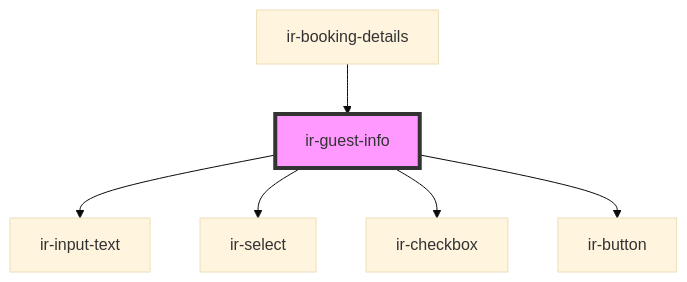
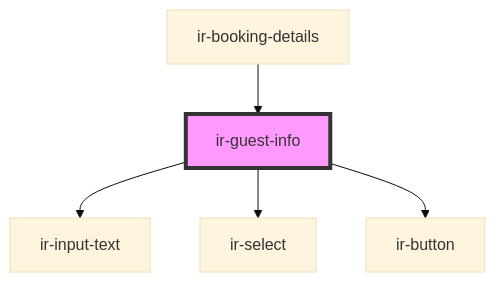
Before and after one commit to David1Chowaifaty/modified-ir-webcmp: the diagram in src/components/ir-guest-info/readme.md, drawn with Mermaid (base theme). The commit also changed other lines of this file and 9 other files, not shown here.

````diff
--- a/src/components/ir-guest-info/readme.md
+++ b/src/components/ir-guest-info/readme.md
@@ -40,9 +39,8 @@
 ```mermaid
 graph TD;
   ir-guest-info --> ir-input-text
   ir-guest-info --> ir-select
-  ir-guest-info --> ir-checkbox
   ir-guest-info --> ir-button
   ir-booking-details --> ir-guest-info
   style ir-guest-info fill:#f9f,stroke:#333,stroke-width:4px
 ```
````
